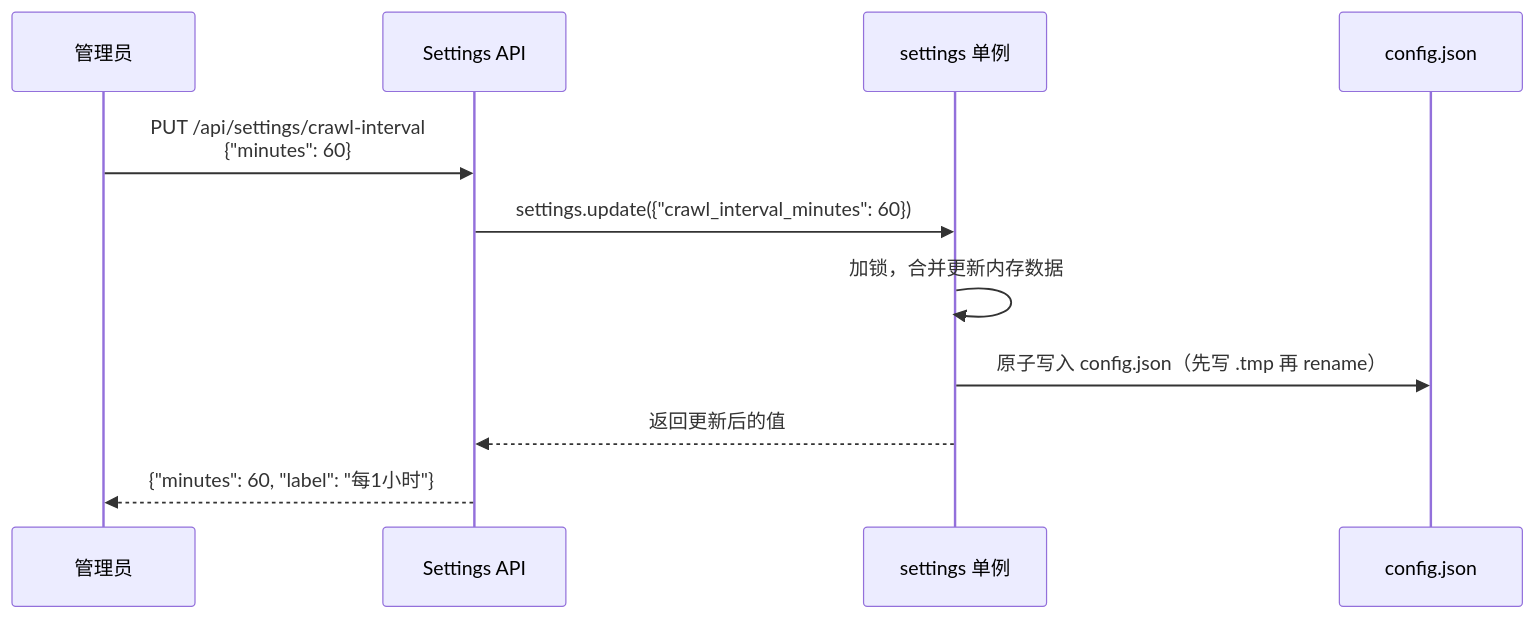
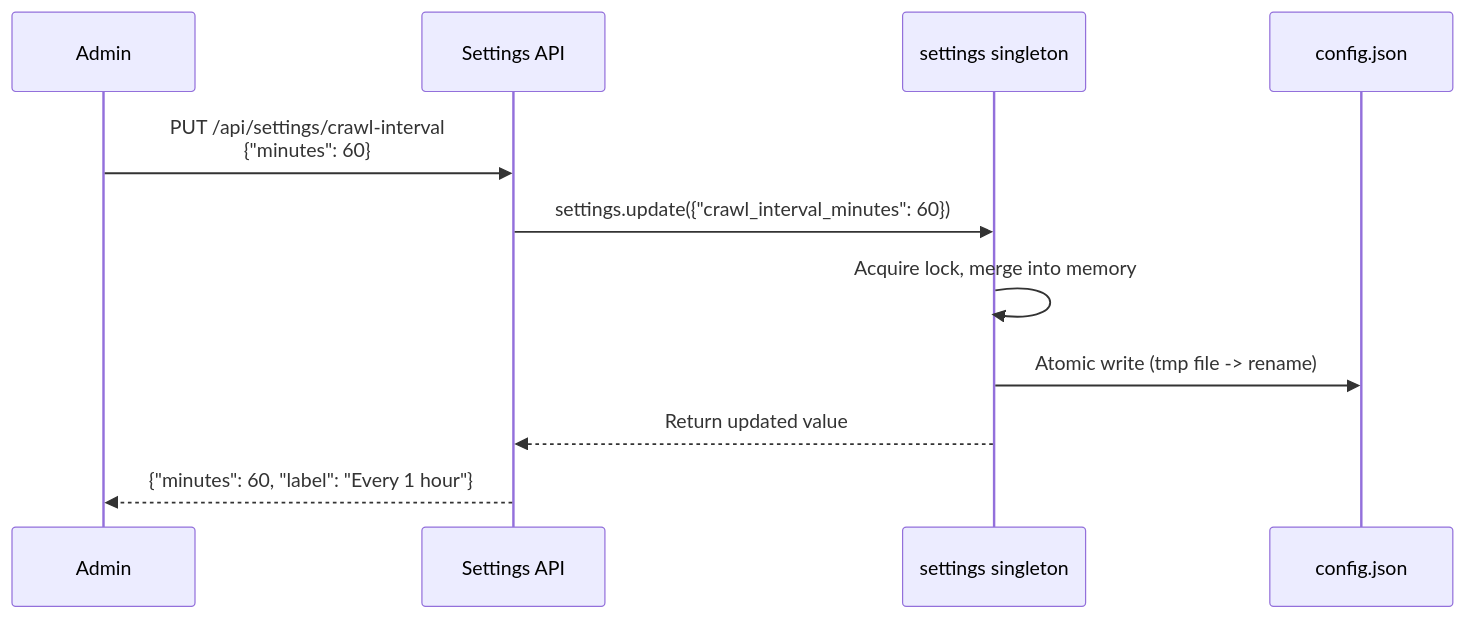
One commit to XUranus/dungeon changed the diagram in docs/docs/guides/configuration.mdx. Above: the diagram before and after it, drawn with Mermaid. The commit also changed other lines of this file and 75 other files, not shown here.

````diff
--- a/docs/docs/guides/configuration.mdx
+++ b/docs/docs/guides/configuration.mdx
@@ -93,14 +202,14 @@
 ```mermaid
 sequenceDiagram
-    participant Admin as 管理员
+    participant Admin as Admin
     participant API as Settings API
-    participant Settings as settings 单例
+    participant Settings as settings singleton
     participant Disk as config.json
 
     Admin->>API: PUT /api/settings/crawl-interval<br/>{"minutes": 60}
     API->>Settings: settings.update({"crawl_interval_minutes": 60})
-    Settings->>Settings: 加锁，合并更新内存数据
-    Settings->>Disk: 原子写入 config.json（先写 .tmp 再 rename）
-    Settings-->>API: 返回更新后的值
-    API-->>Admin: {"minutes": 60, "label": "每1小时"}
+    Settings->>Settings: Acquire lock, merge into memory
+    Settings->>Disk: Atomic write (tmp file -> rename)
+    Settings-->>API: Return updated value
+    API-->>Admin: {"minutes": 60, "label": "Every 1 hour"}
 ```
````
